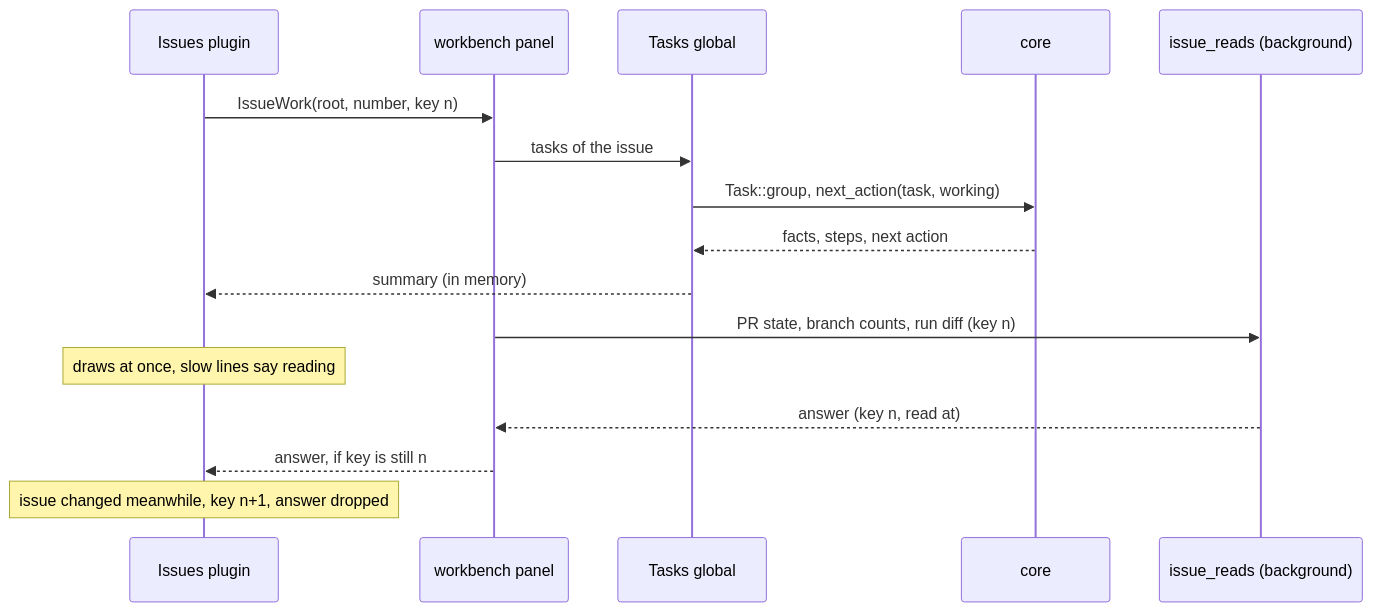
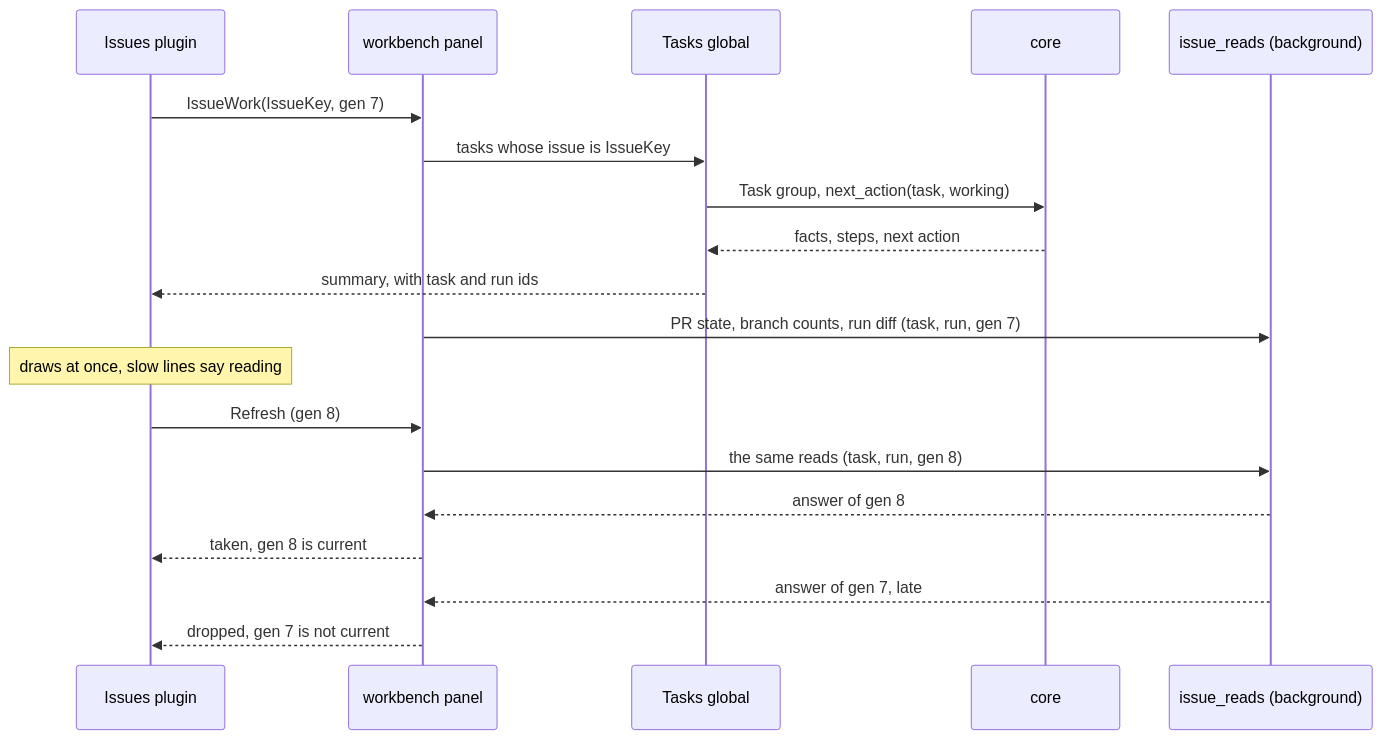
Before and after one commit to jarviisha/onehand: the second of 5 diagrams in docs/proposals/issue-workflows/architecture.md, drawn with Mermaid. The commit also changed other lines of this file and 4 other files, not shown here.

````diff
--- a/docs/proposals/issue-workflows/architecture.md
+++ b/docs/proposals/issue-workflows/architecture.md
@@ -87,19 +118,22 @@
 ```mermaid
 sequenceDiagram
     participant V as Issues plugin
     participant P as workbench panel
     participant T as Tasks global
     participant C as core
     participant R as issue_reads (background)
 
-    V->>P: IssueWork(root, number, key n)
-    P->>T: tasks of the issue
-    T->>C: Task::group, next_action(task, working)
+    V->>P: IssueWork(IssueKey, gen 7)
+    P->>T: tasks whose issue is IssueKey
+    T->>C: Task group, next_action(task, working)
     C-->>T: facts, steps, next action
-    T-->>V: summary (in memory)
-    P->>R: PR state, branch counts, run diff (key n)
+    T-->>V: summary, with task and run ids
+    P->>R: PR state, branch counts, run diff (task, run, gen 7)
     Note over V: draws at once, slow lines say reading
-    R-->>P: answer (key n, read at)
-    P-->>V: answer, if key is still n
-    Note over V: issue changed meanwhile, key n+1, answer dropped
+    V->>P: Refresh (gen 8)
+    P->>R: the same reads (task, run, gen 8)
+    R-->>P: answer of gen 8
+    P-->>V: taken, gen 8 is current
+    R-->>P: answer of gen 7, late
+    P-->>V: dropped, gen 7 is not current
 ```
````
